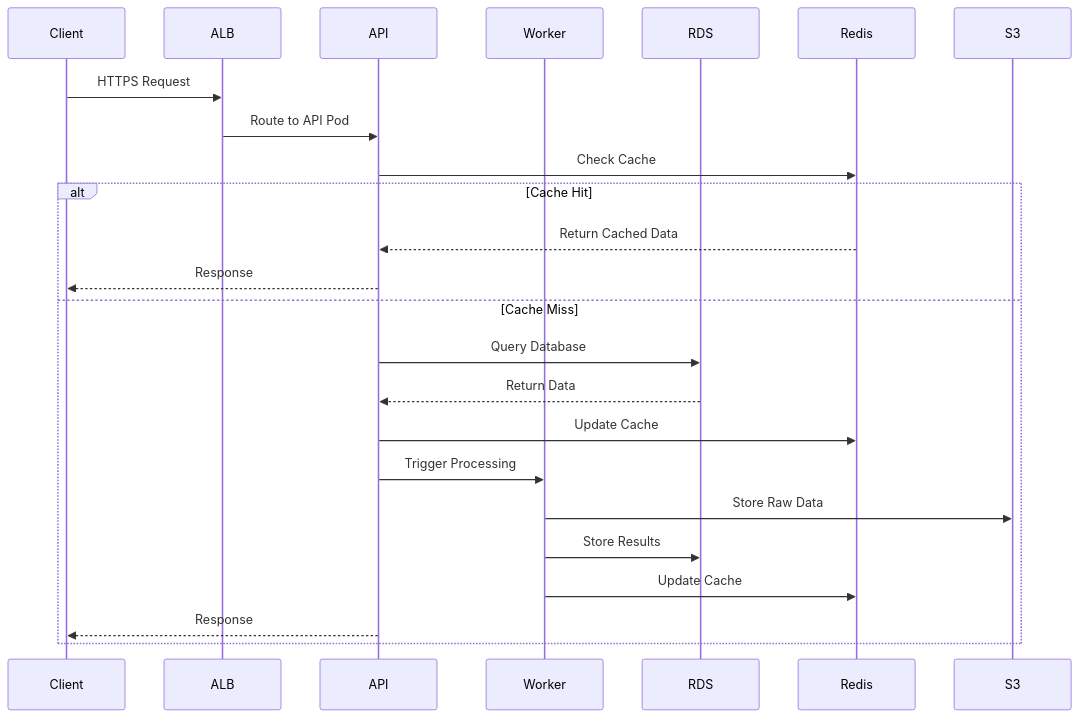
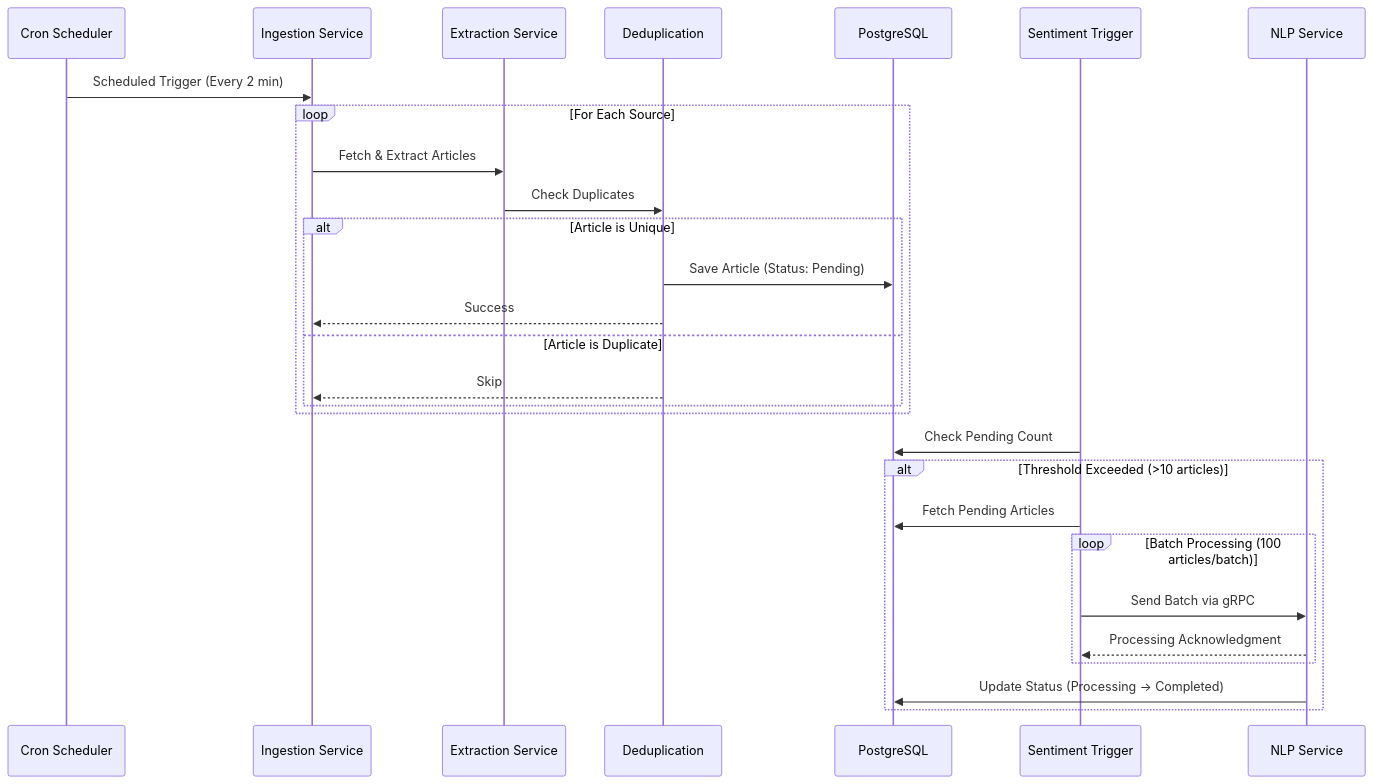
The second of 3 diagrams in services/news-ingestion/README.md (ZakariaRek/Real-Time-Financial-News-Market-Impact-Analysis-system), drawn with Mermaid before and after one commit. The commit also changed other lines of this file, not shown here.

````diff
--- a/services/news-ingestion/README.md
+++ b/services/news-ingestion/README.md
@@ -220,27 +168,37 @@
 ```mermaid
 sequenceDiagram
-    participant Client
-    participant ALB
-    participant API
-    participant Worker
-    participant RDS
-    participant Redis
-    participant S3
+    participant Cron as Cron Scheduler
+    participant Ing as Ingestion Service
+    participant Ext as Extraction Service
+    participant Dedup as Deduplication
+    participant DB as PostgreSQL
+    participant Trigger as Sentiment Trigger
+    participant NLP as NLP Service
 
-    Client->>ALB: HTTPS Request
-    ALB->>API: Route to API Pod
-    API->>Redis: Check Cache
-    alt Cache Hit
-        Redis-->>API: Return Cached Data
-        API-->>Client: Response
-    else Cache Miss
-        API->>RDS: Query Database
-        RDS-->>API: Return Data
-        API->>Redis: Update Cache
-        API->>Worker: Trigger Processing
-        Worker->>S3: Store Raw Data
-        Worker->>RDS: Store Results
-        Worker->>Redis: Update Cache
-        API-->>Client: Response
+    Cron->>Ing: Scheduled Trigger (Every 2 min)
+    
+    loop For Each Source
+        Ing->>Ext: Fetch & Extract Articles
+        Ext->>Dedup: Check Duplicates
+        
+        alt Article is Unique
+            Dedup->>DB: Save Article (Status: Pending)
+            Dedup-->>Ing: Success
+        else Article is Duplicate
+            Dedup-->>Ing: Skip
+        end
+    end
+    
+    Trigger->>DB: Check Pending Count
+    
+    alt Threshold Exceeded (>10 articles)
+        Trigger->>DB: Fetch Pending Articles
+        
+        loop Batch Processing (100 articles/batch)
+            Trigger->>NLP: Send Batch via gRPC
+            NLP-->>Trigger: Processing Acknowledgment
+        end
+        
+        NLP->>DB: Update Status (Processing → Completed)
     end
 ```
````
